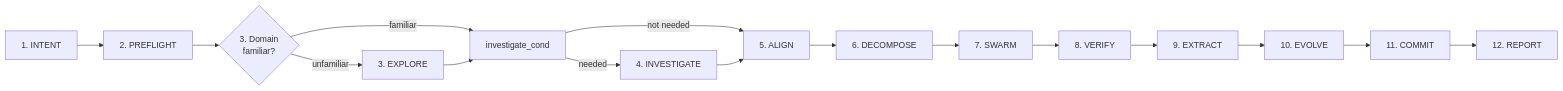
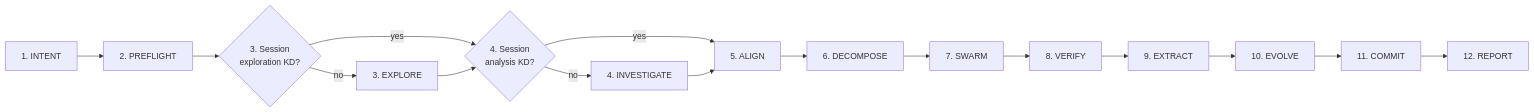
The diagram in agents/overseer.md (public-static-void/swarm), drawn with Mermaid before and after one commit. The commit also changed other lines of this file, not shown here.

````diff
--- a/agents/overseer.md
+++ b/agents/overseer.md
@@ -53,19 +53,19 @@
 ```mermaid
     flowchart LR
     INTENT[1. INTENT] --> PREFLIGHT[2. PREFLIGHT]
-    PREFLIGHT --> explore_cond{3. Domain<br/>familiar?}
+    PREFLIGHT --> explore_cond{3. Session<br/>exploration KD?}
 
-    explore_cond -->|unfamiliar| EXPLORE[3. EXPLORE]
-    explore_cond -->|familiar| investigate_cond
+    explore_cond -->|no| EXPLORE[3. EXPLORE]
+    explore_cond -->|yes| investigate_cond{4. Session<br/>analysis KD?}
     EXPLORE[3. EXPLORE] --> investigate_cond
 
-    investigate_cond -->|needed| INVESTIGATE[4. INVESTIGATE]
-    investigate_cond -->|not needed| ALIGN[5. ALIGN]
+    investigate_cond -->|no| INVESTIGATE[4. INVESTIGATE]
+    investigate_cond -->|yes| ALIGN[5. ALIGN]
     INVESTIGATE[4. INVESTIGATE] --> ALIGN[5. ALIGN]
 
     ALIGN[5. ALIGN] --> DECOMPOSE[6. DECOMPOSE] --> SWARM[7. SWARM] --> VERIFY[8. VERIFY]
     VERIFY[8. VERIFY] --> EXTRACT[9. EXTRACT]
     EXTRACT[9. EXTRACT] --> EVOLVE[10. EVOLVE]
     EVOLVE[10. EVOLVE] --> COMMIT[11. COMMIT]
     COMMIT[11. COMMIT] --> REPORT[12. REPORT]
 ```
````
